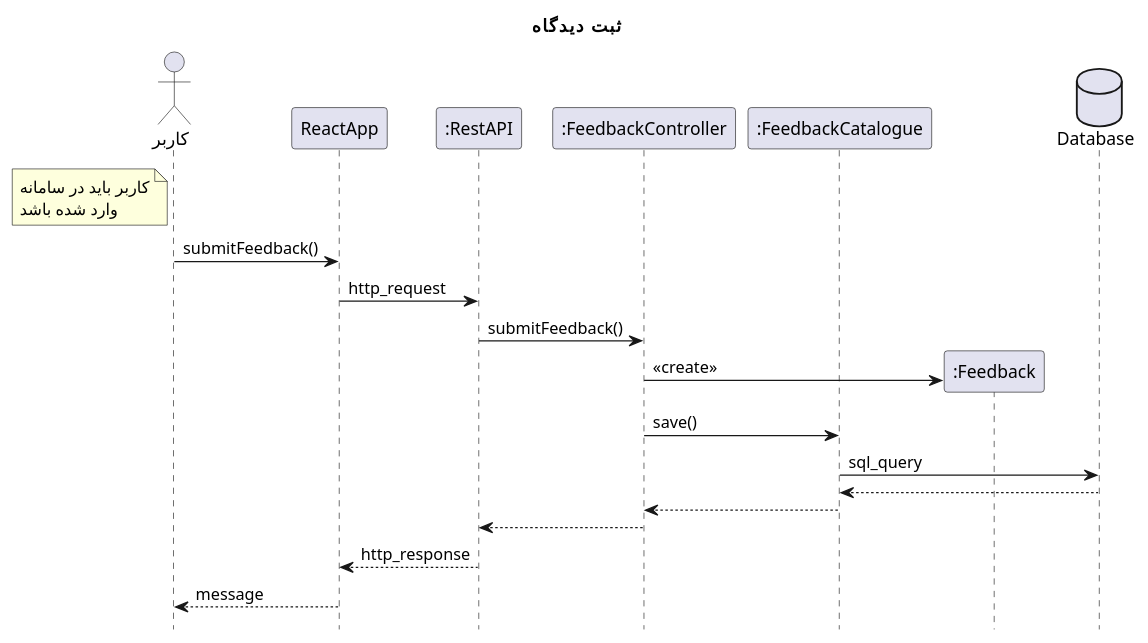
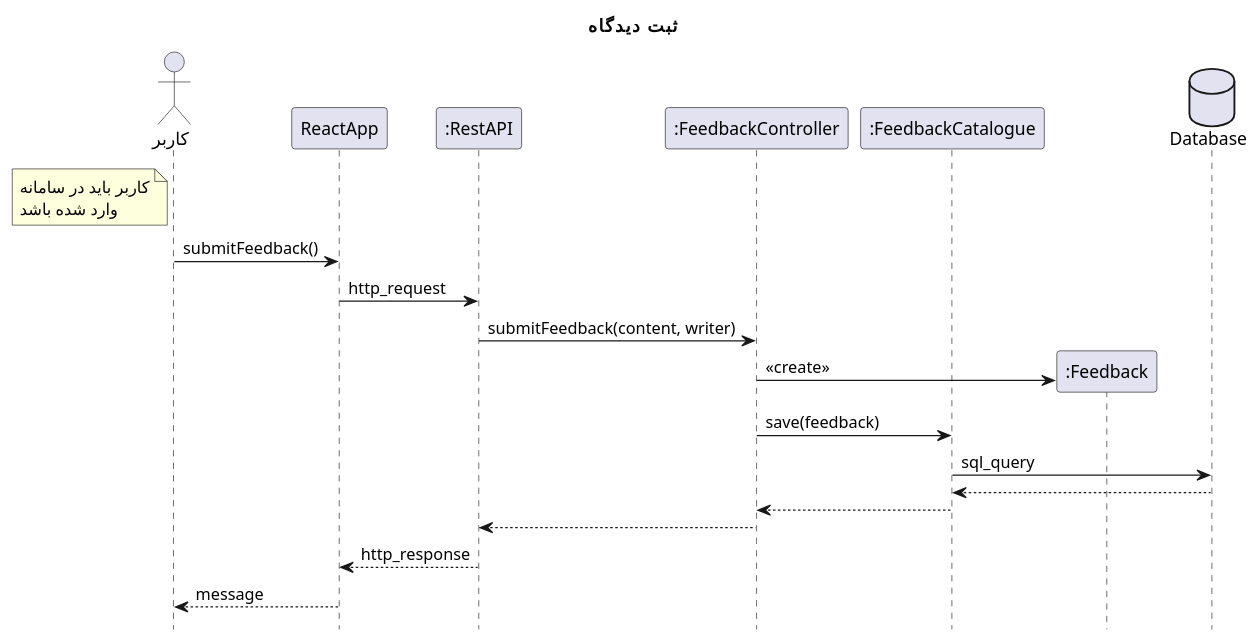
The diagram in design sequence diagams/subimtFeedback.plantuml (Khedmatkar-OOD-spring-2022/Model-and-Documents), drawn with PlantUML before and after one commit. The commit also changed 26 other files, not shown here.

```diff
--- a/design sequence diagams/subimtFeedback.plantuml
+++ b/design sequence diagams/subimtFeedback.plantuml
@@ -1,31 +1,31 @@
 @startuml logout
 
 hide footbox
 title "ثبت دیدگاه"
 actor "کاربر" as user
 participant ReactApp
 participant ":RestAPI" as RestAPI
 participant ":FeedbackController" as FeedbackController
 participant ":FeedbackCatalogue" as FeedbackCatalogue
 participant ":Feedback" as Feedback
 
 database Database
 
 note left of user
     کاربر باید در سامانه
     وارد شده باشد
 end note
 
 user -> ReactApp: submitFeedback()
 ReactApp -> RestAPI : http_request
-RestAPI -> FeedbackController: submitFeedback()
+RestAPI -> FeedbackController: submitFeedback(content, writer)
 FeedbackController -> Feedback ** :<<create>>
-FeedbackController -> FeedbackCatalogue : save()
+FeedbackController -> FeedbackCatalogue : save(feedback)
 FeedbackCatalogue -> Database : sql_query
 return
 FeedbackCatalogue --> FeedbackController
 FeedbackController --> RestAPI
 RestAPI --> ReactApp : http_response
 ReactApp --> user: message
 
 @enduml
```
